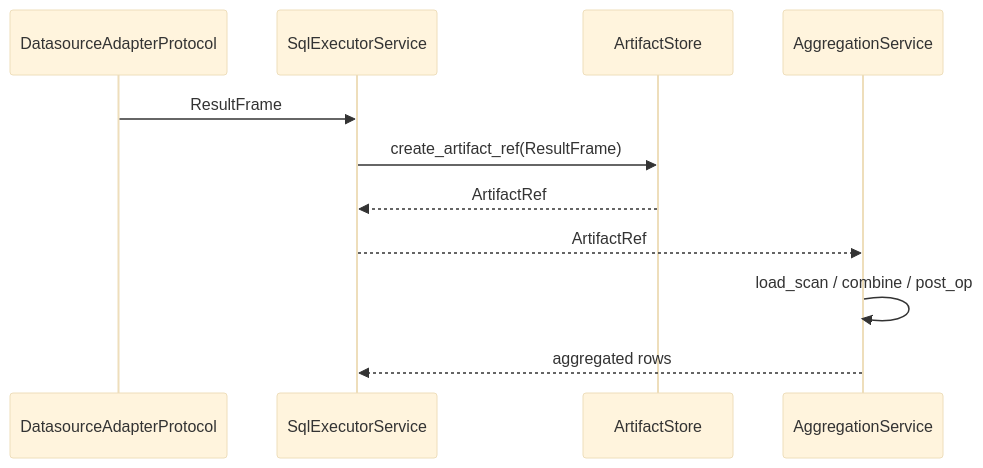
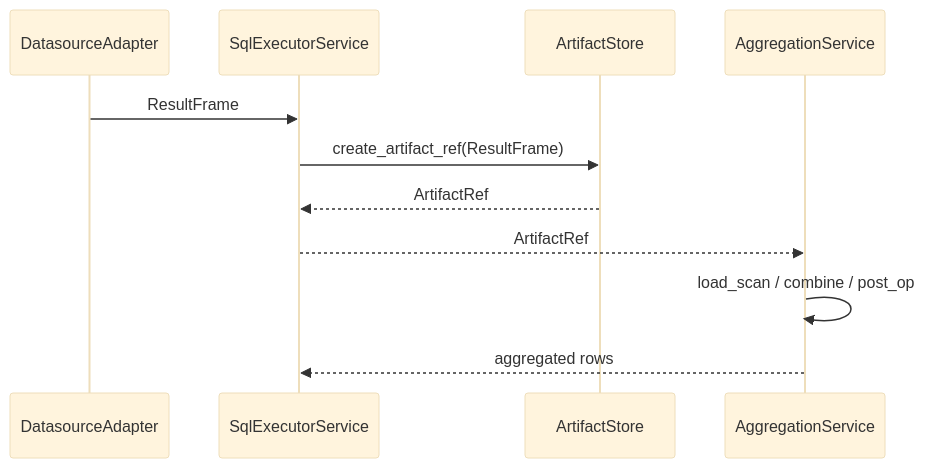
Before and after one commit to nadeem4/nl2sql: the fourth of 4 diagrams in docs/architecture/pipeline.md, drawn with Mermaid (base theme). The commit also changed 104 other files, not shown here.

````diff
--- a/docs/architecture/pipeline.md
+++ b/docs/architecture/pipeline.md
@@ -85,14 +85,14 @@
 ```mermaid
 sequenceDiagram
-    participant Adapter as DatasourceAdapterProtocol
+    participant Adapter as DatasourceAdapter
     participant Exec as SqlExecutorService
     participant Store as ArtifactStore
     participant Agg as AggregationService
 
     Adapter->>Exec: ResultFrame
     Exec->>Store: create_artifact_ref(ResultFrame)
     Store-->>Exec: ArtifactRef
     Exec-->>Agg: ArtifactRef
     Agg->>Agg: load_scan / combine / post_op
     Agg-->>Exec: aggregated rows
 ```
````
